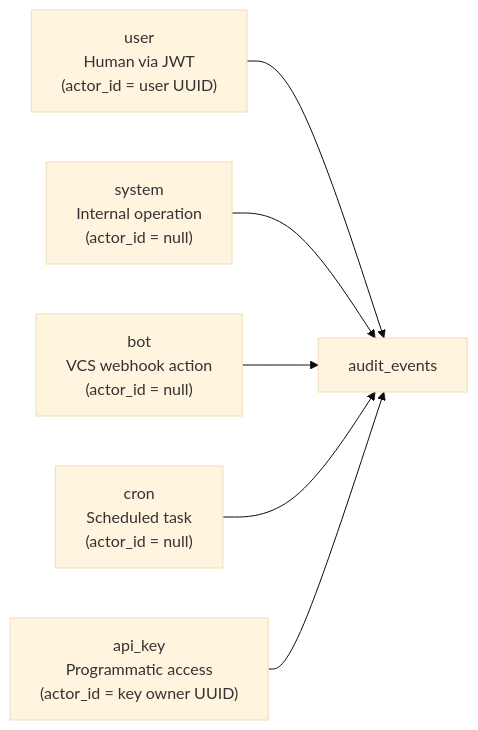
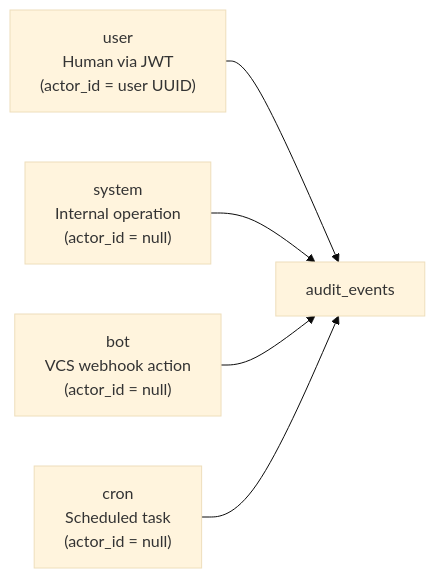
Before and after one commit to devangshupandey2025-stack/DevSage: the second of 9 diagrams in docs/v3/planned/audit-trail.md, drawn with Mermaid (base theme). The commit also changed other lines of this file, not shown here.

First line of the commit message:
docs(audit-trail): defer hash chains and GDPR archival to Phase 2

````diff
--- a/docs/v3/planned/audit-trail.md
+++ b/docs/v3/planned/audit-trail.md
@@ -170,10 +158,9 @@
 ```mermaid
 flowchart LR
     U["user<br/>Human via JWT<br/>(actor_id = user UUID)"]
     S["system<br/>Internal operation<br/>(actor_id = null)"]
     B["bot<br/>VCS webhook action<br/>(actor_id = null)"]
     C["cron<br/>Scheduled task<br/>(actor_id = null)"]
-    K["api_key<br/>Programmatic access<br/>(actor_id = key owner UUID)"]
 
-    U & S & B & C & K --> AE["audit_events"]
+    U & S & B & C --> AE["audit_events"]
 ```
````
